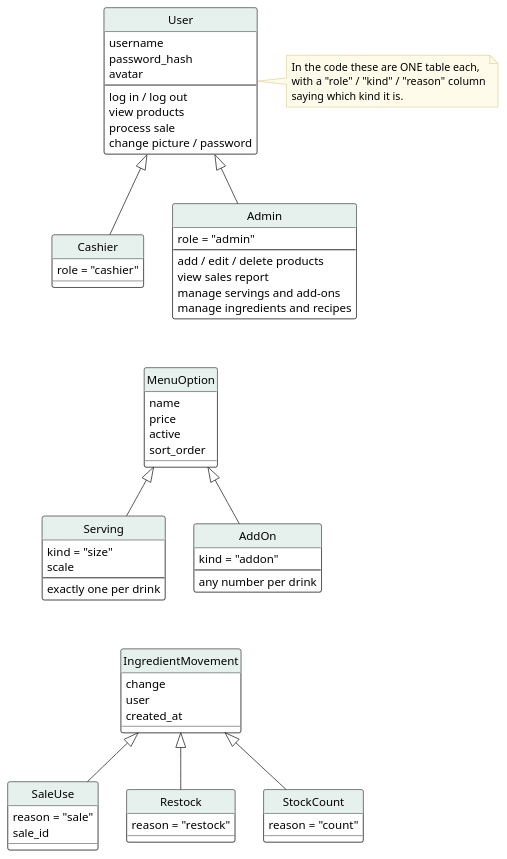
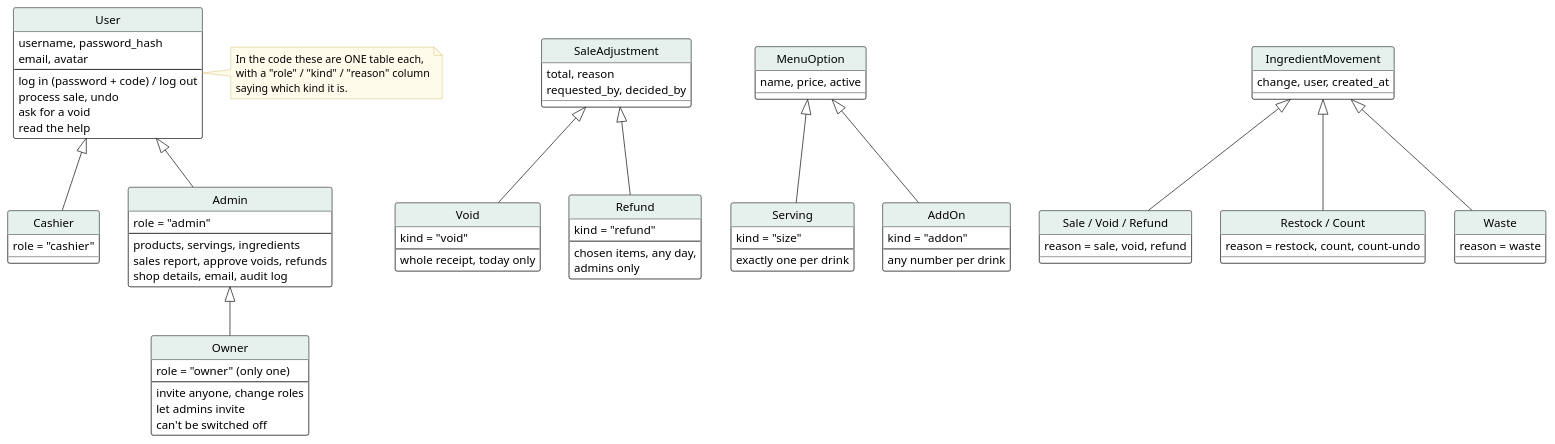
Before and after one commit to JmlAsync/inventory-pos-system: the diagram in diagrams/uml/20_generalization.puml, drawn with PlantUML. The commit also changed 82 other files, not shown here.

```diff
--- a/diagrams/uml/20_generalization.puml
+++ b/diagrams/uml/20_generalization.puml
@@ -1,111 +1,123 @@
 @startuml
-' Generalization hierarchy - Inventory & POS System v0.20.4 (report, Lecture 5; redrawn 2026-10-12)
+' Generalization hierarchy - Inventory & POS System v0.32.0 (report, Lecture 5-7; redrawn 2026-10-27)
 ' Edit: paste into draw.io (Arrange > Insert > Advanced > PlantUML) or planttext.com
 skinparam defaultFontName Arial
 skinparam shadowing false
 skinparam ArrowColor #333333
 skinparam rectangle {
   BackgroundColor White
   BorderColor Black
 }
 skinparam usecase {
   BackgroundColor White
   BorderColor Black
 }
 skinparam class {
   BackgroundColor White
   BorderColor Black
   HeaderBackgroundColor #E6F1EE
 }
 skinparam activity {
   BackgroundColor White
   BorderColor Black
 }
 skinparam state {
   BackgroundColor White
   BorderColor Black
 }
 skinparam sequence {
   ParticipantBackgroundColor White
   ParticipantBorderColor Black
   LifeLineBorderColor #888888
   ActorBorderColor Black
   ActorBackgroundColor White
 }
 skinparam note {
   BackgroundColor #FFFBEA
   BorderColor #C9B458
 }
 skinparam swimlaneWidth same
 hide circle
 
 class User {
-  username
-  password_hash
-  avatar
+  username, password_hash
+  email, avatar
   --
-  log in / log out
-  view products
-  process sale
-  change picture / password
+  log in (password + code) / log out
+  process sale, undo
+  ask for a void
+  read the help
 }
 class Cashier {
   role = "cashier"
 }
 class Admin {
   role = "admin"
   --
-  add / edit / delete products
-  view sales report
-  manage servings and add-ons
-  manage ingredients and recipes
+  products, servings, ingredients
+  sales report, approve voids, refunds
+  shop details, email, audit log
+}
+class Owner {
+  role = "owner" (only one)
+  --
+  invite anyone, change roles
+  let admins invite
+  can't be switched off
 }
 User <|-- Cashier
 User <|-- Admin
+Admin <|-- Owner
+class SaleAdjustment {
+  total, reason
+  requested_by, decided_by
+}
+class Void {
+  kind = "void"
+  --
+  whole receipt, today only
+}
+class Refund {
+  kind = "refund"
+  --
+  chosen items, any day,
+  admins only
+}
+SaleAdjustment <|-- Void
+SaleAdjustment <|-- Refund
 class MenuOption {
-  name
-  price
-  active
-  sort_order
+  name, price, active
 }
 class Serving {
   kind = "size"
-  scale
   --
   exactly one per drink
 }
 class AddOn {
   kind = "addon"
   --
   any number per drink
 }
 MenuOption <|-- Serving
 MenuOption <|-- AddOn
 class IngredientMovement {
-  change
-  user
-  created_at
+  change, user, created_at
 }
-class SaleUse {
-  reason = "sale"
-  sale_id
+class "Sale / Void / Refund" as SaleUse {
+  reason = sale, void, refund
 }
-class Restock {
-  reason = "restock"
+class "Restock / Count" as Restock {
+  reason = restock, count, count-undo
 }
-class StockCount {
-  reason = "count"
+class Waste {
+  reason = waste
 }
 IngredientMovement <|-- SaleUse
 IngredientMovement <|-- Restock
-IngredientMovement <|-- StockCount
-Cashier -[hidden]down- MenuOption
-Admin -[hidden]down- MenuOption
-Serving -[hidden]down- IngredientMovement
-AddOn -[hidden]down- IngredientMovement
+IngredientMovement <|-- Waste
 note right of User
   In the code these are ONE table each,
   with a "role" / "kind" / "reason" column
   saying which kind it is.
 end note
 @enduml
```
